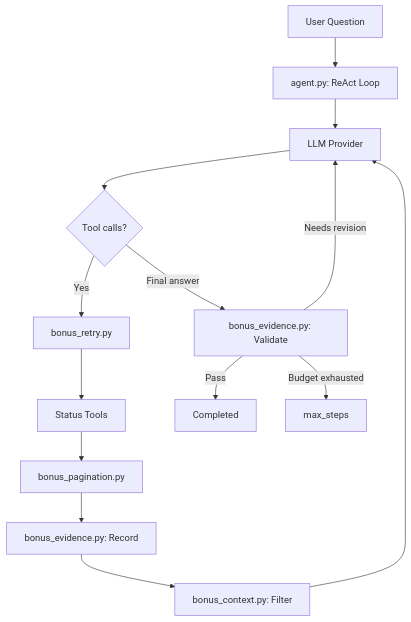
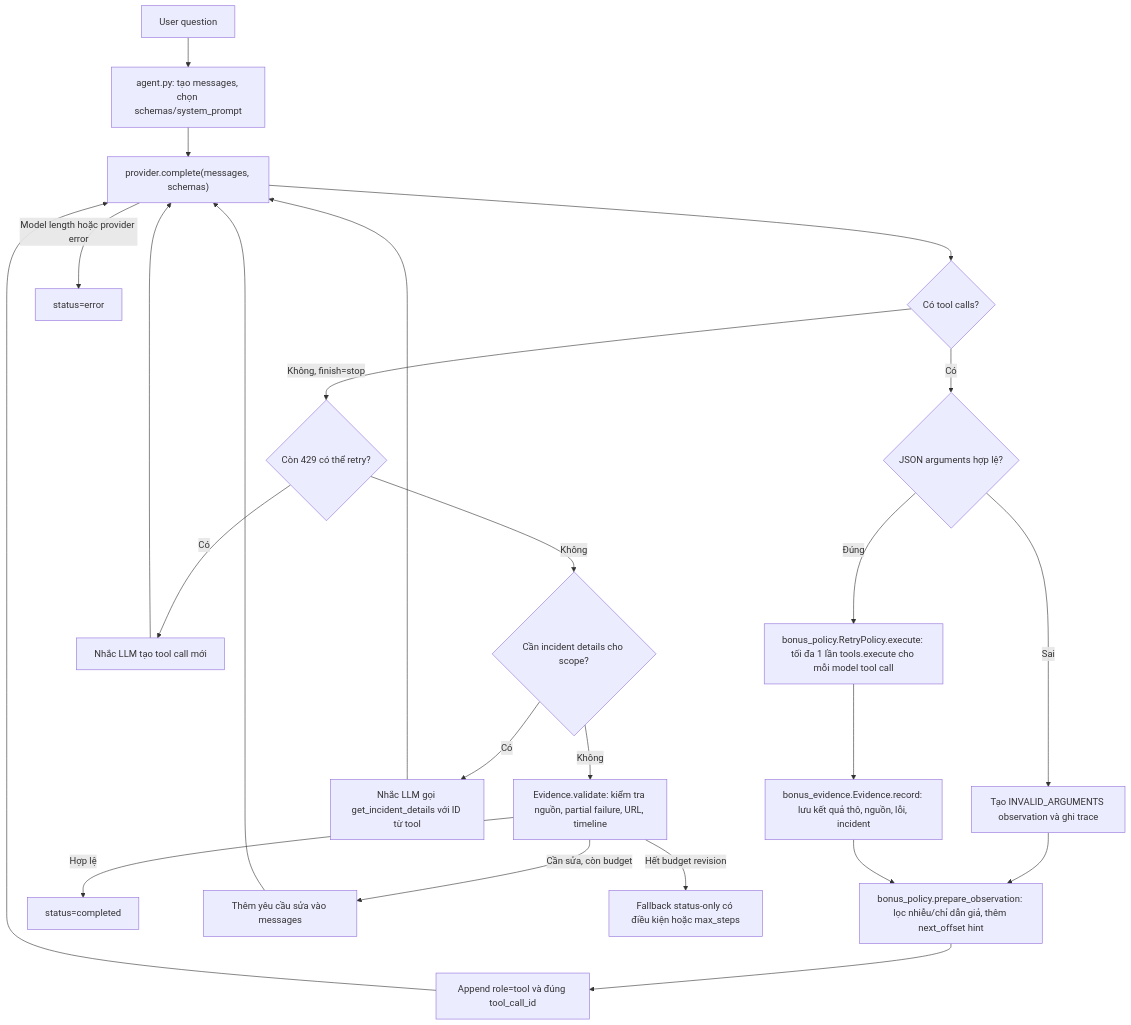
The diagram in NOTES.md (hieulhaiwork/K5-L3B-DAY04-LeHienHieu-2A202603940-ReactLoopAgent), drawn with Mermaid before and after one commit. The commit also changed other lines of this file, not shown here.

````diff
--- a/NOTES.md
+++ b/NOTES.md
@@ -107,16 +111,26 @@
 ```mermaid
 flowchart TD
-    A["User Question"] --> B["agent.py: ReAct Loop"]
-    B --> C["LLM Provider"]
-    C --> D{"Tool calls?"}
-    D -->|Yes| E["bonus_retry.py"]
-    E --> F["Status Tools"]
-    F --> G["bonus_pagination.py"]
-    G --> H["bonus_evidence.py: Record"]
-    H --> I["bonus_context.py: Filter"]
-    I --> C
-    D -->|Final answer| J["bonus_evidence.py: Validate"]
-    J -->|Pass| K["Completed"]
-    J -->|Needs revision| C
-    J -->|Budget exhausted| L["max_steps"]
+    U["User question"] --> A["agent.py: tạo messages, chọn schemas/system_prompt"]
+    A --> L["provider.complete(messages, schemas)"]
+    L --> F{"Có tool calls?"}
+    F -->|Có| P{"JSON arguments hợp lệ?"}
+    P -->|Sai| INV["Tạo INVALID_ARGUMENTS observation và ghi trace"]
+    P -->|Đúng| R["bonus_policy.RetryPolicy.execute: tối đa 1 lần tools.execute cho mỗi model tool call"]
+    INV --> C
+    R --> E["bonus_evidence.Evidence.record: lưu kết quả thô, nguồn, lỗi, incident"]
+    E --> C["bonus_policy.prepare_observation: lọc nhiễu/chỉ dẫn giả, thêm next_offset hint"]
+    C --> T["Append role=tool và đúng tool_call_id"]
+    T --> L
+    F -->|Không, finish=stop| G1{"Còn 429 có thể retry?"}
+    G1 -->|Có| N1["Nhắc LLM tạo tool call mới"]
+    N1 --> L
+    G1 -->|Không| G2{"Cần incident details cho scope?"}
+    G2 -->|Có| N2["Nhắc LLM gọi get_incident_details với ID từ tool"]
+    N2 --> L
+    G2 -->|Không| V["Evidence.validate: kiểm tra nguồn, partial failure, URL, timeline"]
+    V -->|Hợp lệ| OK["status=completed"]
+    V -->|Cần sửa, còn budget| RE["Thêm yêu cầu sửa vào messages"]
+    RE --> L
+    V -->|Hết budget revision| END["Fallback status-only có điều kiện hoặc max_steps"]
+    L -->|Model length hoặc provider error| ERR["status=error"]
 ```
````
